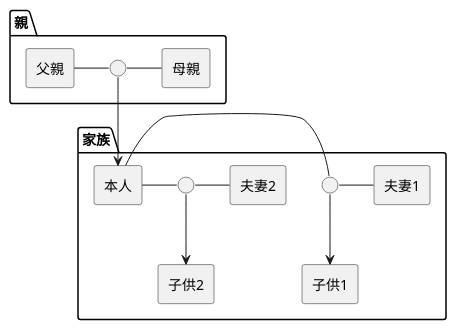
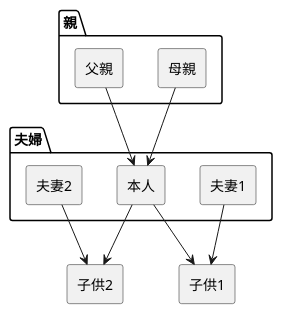
The diagram in docs/aza-db/modules/template/pages/index.adoc (YoshihideShirai/azadoc), drawn with PlantUML before and after one commit.

Commit message:
refactor

```diff
--- a/docs/aza-db/modules/template/pages/index.adoc
+++ b/docs/aza-db/modules/template/pages/index.adoc
@@ -22,30 +22,22 @@
 [plantuml]
 ....
 skinparam componentStyle rectangle
 
 package "親" {
     [父親]
     [母親]
-
-    () " " as m0
-    [父親] - m0
-    m0 - [母親]
 }
 
-package "家族" {
+package "夫婦" {
     [本人]
     [夫妻1]
     [夫妻2]
+}
 
-    [本人] <-up- m0
-
-    () " " as m1
-    () " " as m2
-    [本人] - m1
-    [本人] - m2
-    m1 - [夫妻1]
-    m2 - [夫妻2]
-    [子供1] <-up- m1
-    [子供2] <-up- m2
-}
+[本人] <-up- [父親]
+[本人] <-up- [母親]
+[子供1] <-up- [本人]
+[子供2] <-up- [本人]
+[子供1] <-up- [夫妻1]
+[子供2] <-up- [夫妻2]
 ....
```
